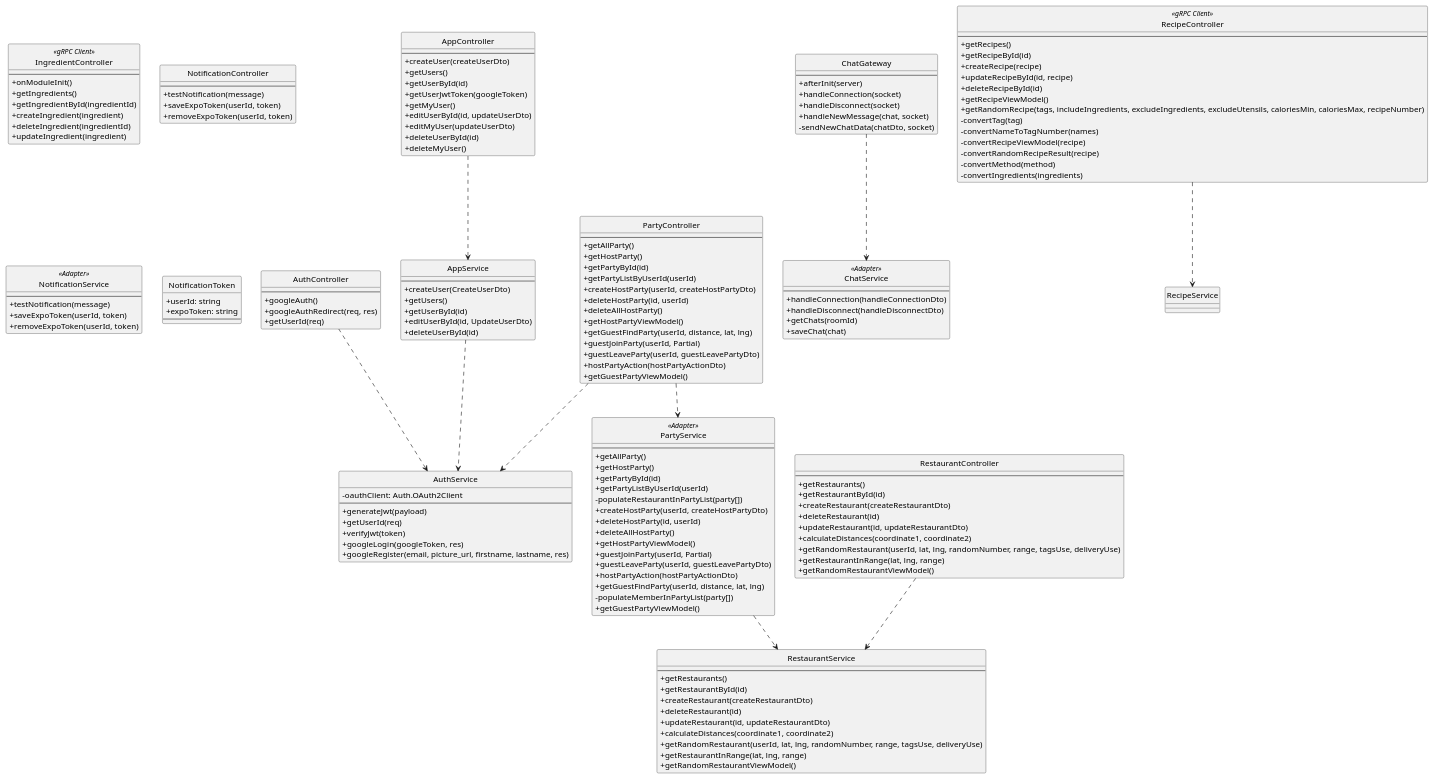
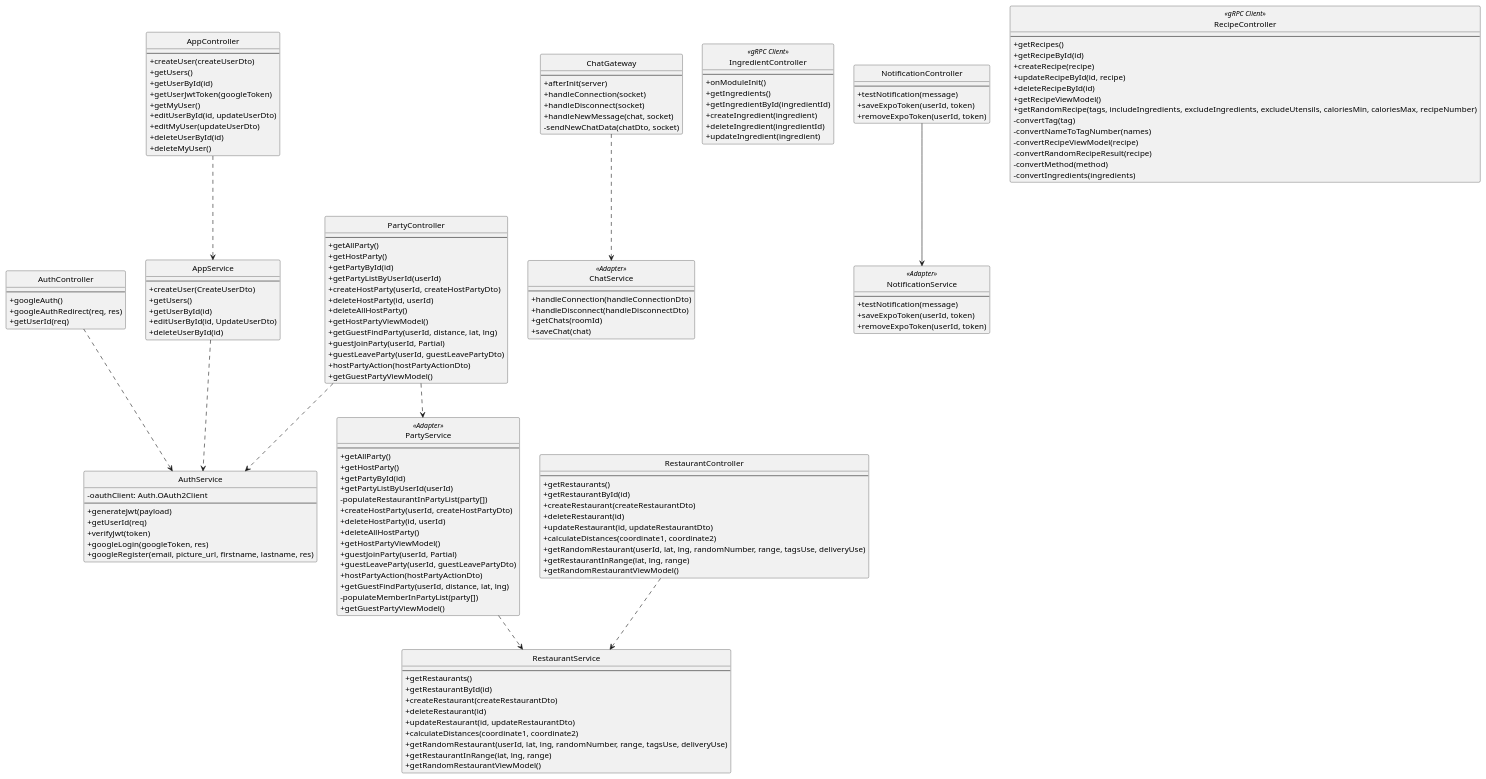
Before and after one commit to pakornyodkab/foodHelpr: the diagram in Diagrams/classDiagram/api-gateway.plantuml, drawn with PlantUML. The commit also changed 5 other files, not shown here.

Commit message:
add sequence diagrams Co-authored-by: Siravich Boonyuen (Aof) <aof18794@users.noreply.github.com> Co-authored-by: Thaenthai <Tanisa124@users.noreply.github.com> Co-authored-by: Poptum Charoennaew <3c14irlmao@gmail.com>

```diff
--- a/Diagrams/classDiagram/api-gateway.plantuml
+++ b/Diagrams/classDiagram/api-gateway.plantuml
@@ -1,185 +1,179 @@
 @startuml
 skinparam classAttributeIconSize 0
 
 hide circle
 
 AuthController ..> AuthService
 
 class  AuthController {
   ----
   + googleAuth()
   + googleAuthRedirect(req, res)
   + getUserId(req)
 }
 
 class  AuthService {
   - oauthClient: Auth.OAuth2Client
   ----
   + generateJwt(payload)
   + getUserId(req)
   + verifyJwt(token)
   + googleLogin(googleToken, res)
   + googleRegister(email, picture_url, firstname, lastname, res)
 }
 
 ChatGateway ..> ChatService
 
 class  ChatGateway {
   ----
   +  afterInit(server)
   +  handleConnection(socket)
   +  handleDisconnect(socket)
   +  handleNewMessage(chat, socket)
   -  sendNewChatData(chatDto, socket)
 }
 
 class  ChatService <<Adapter>> {
   ----
   + handleConnection(handleConnectionDto)
   + handleDisconnect(handleDisconnectDto)
   + getChats(roomId)
   + saveChat(chat)
 }
 
 class  IngredientController <<gRPC Client>> {
   ----
   + onModuleInit()
   + getIngredients()
   + getIngredientById(ingredientId)
   + createIngredient(ingredient)
   + deleteIngredient(ingredientId)
   + updateIngredient(ingredient)
 }
+
+NotificationController --> NotificationService
 
 class  NotificationController {
   ----
   + testNotification(message)
   + saveExpoToken(userId, token)
   + removeExpoToken(userId, token)
 }
 
 class  NotificationService <<Adapter>> {
   ----
   + testNotification(message)
   + saveExpoToken(userId, token)
   + removeExpoToken(userId, token)
 }
 
 PartyController ..> PartyService
 PartyController ..> AuthService
 PartyService ..> RestaurantService
 
 class  PartyController {
   ----
   + getAllParty()
   + getHostParty()
   + getPartyById(id)
   + getPartyListByUserId(userId)
   + createHostParty(userId, createHostPartyDto)
   + deleteHostParty(id, userId)
   + deleteAllHostParty()
   + getHostPartyViewModel()
   + getGuestFindParty(userId, distance, lat, lng)
   + guestJoinParty(userId, Partial)
   + guestLeaveParty(userId, guestLeavePartyDto)
   + hostPartyAction(hostPartyActionDto)
   + getGuestPartyViewModel()
 }
 
 class  PartyService <<Adapter>> {
   ----
   + getAllParty()
   + getHostParty()
   + getPartyById(id)
   + getPartyListByUserId(userId)
   - populateRestaurantInPartyList(party[])
   + createHostParty(userId, createHostPartyDto)
   + deleteHostParty(id, userId)
   + deleteAllHostParty()
   + getHostPartyViewModel()
   + guestJoinParty(userId, Partial)
   + guestLeaveParty(userId, guestLeavePartyDto)
   + hostPartyAction(hostPartyActionDto)
   + getGuestFindParty(userId, distance, lat, lng)
   - populateMemberInPartyList(party[])
   + getGuestPartyViewModel()
 }
-
-RecipeController ..> RecipeService
 
 class  RecipeController <<gRPC Client>>{
   ----
   + getRecipes()
   + getRecipeById(id)
   + createRecipe(recipe)
   + updateRecipeById(id, recipe)
   + deleteRecipeById(id)
   + getRecipeViewModel()
   + getRandomRecipe(tags, includeIngredients, excludeIngredients, excludeUtensils, caloriesMin, caloriesMax, recipeNumber)
   - convertTag(tag)
   - convertNameToTagNumber(names)
   - convertRecipeViewModel(recipe)
   - convertRandomRecipeResult(recipe)
   - convertMethod(method)
   - convertIngredients(ingredients)
 }
 
 RestaurantController ..> RestaurantService
 
 class RestaurantController {
   ---
   + getRestaurants()
   + getRestaurantById(id)
   + createRestaurant(createRestaurantDto)
   + deleteRestaurant(id)
   + updateRestaurant(id, updateRestaurantDto)
   + calculateDistances(coordinate1, coordinate2)
   + getRandomRestaurant(userId, lat, lng, randomNumber, range, tagsUse, deliveryUse)
   + getRestaurantInRange(lat, lng, range)
   + getRandomRestaurantViewModel()
 }
 
 class RestaurantService {
   ---
   + getRestaurants()
   + getRestaurantById(id)
   + createRestaurant(createRestaurantDto)
   + deleteRestaurant(id)
   + updateRestaurant(id, updateRestaurantDto)
   + calculateDistances(coordinate1, coordinate2)
   + getRandomRestaurant(userId, lat, lng, randomNumber, range, tagsUse, deliveryUse)
   + getRestaurantInRange(lat, lng, range)
   + getRandomRestaurantViewModel()
 }
 
 AppController ..> AppService
 AppService ..> AuthService
 
 class AppController {
   ---
   + createUser(createUserDto)
   + getUsers()
   + getUserById(id)
   + getUserJwtToken(googleToken)
   + getMyUser()
   + editUserById(id, updateUserDto)
   + editMyUser(updateUserDto)
   + deleteUserById(id)
   + deleteMyUser()
 }
 
 class AppService {
   ---
   + createUser(CreateUserDto)
   + getUsers()
   + getUserById(id)
   + editUserById(id, UpdateUserDto)
   + deleteUserById(id)
 }
-
-class  NotificationToken {
-  + userId: string
-  + expoToken: string
-  ----
-}
 @enduml
```
